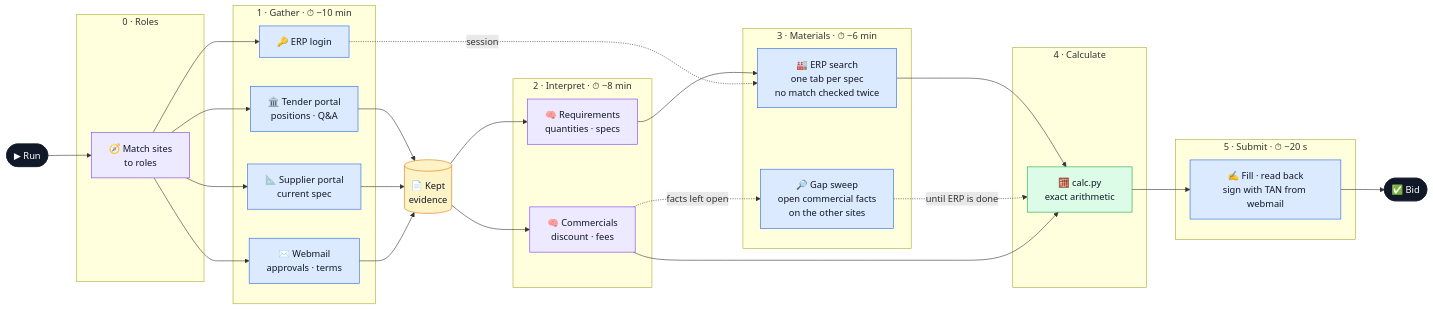
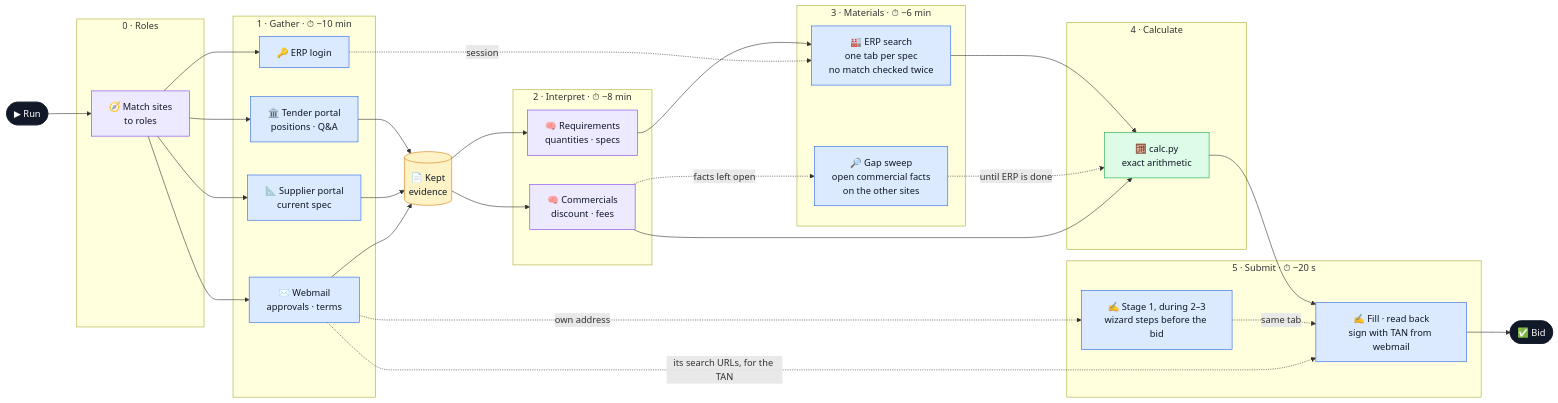
The diagram in README.md (lucakammerer/adminrights), drawn with Mermaid before and after one commit. The commit also changed 19 other files, not shown here.

First line of the commit message:
Time: fewer model round trips, no 30 s browser waits, the submission's first steps during ERP

````diff
--- a/README.md
+++ b/README.md
@@ -7,56 +7,59 @@
 ```mermaid
 flowchart LR
   run([▶ Run]) --> roles
 
   subgraph P0["0 · Roles"]
     roles["🧭 Match sites<br/>to roles"]
   end
 
   subgraph P1["1 · Gather · ⏱ −10 min"]
     tender["🏛️ Tender portal<br/>positions · Q#amp;A"]
     supplier["📐 Supplier portal<br/>current spec"]
     mail["✉️ Webmail<br/>approvals · terms"]
     login["🔑 ERP login"]
   end
 
   evidence[("📄 Kept<br/>evidence")]
 
   subgraph P2["2 · Interpret · ⏱ −8 min"]
     req["🧠 Requirements<br/>quantities · specs"]
     com["🧠 Commercials<br/>discount · fees"]
   end
 
   subgraph P3["3 · Materials · ⏱ −6 min"]
     erp["🏭 ERP search<br/>one tab per spec<br/>no match checked twice"]
     sweepnode["🔎 Gap sweep<br/>open commercial facts<br/>on the other sites"]
   end
 
   subgraph P4["4 · Calculate"]
     calc["🧮 calc.py<br/>exact arithmetic"]
   end
 
   subgraph P5["5 · Submit · ⏱ −20 s"]
+    prep["✍️ Stage 1, during 2–3<br/>wizard steps before the bid"]
     submit["✍️ Fill · read back<br/>sign with TAN from webmail"]
   end
 
   roles --> tender & supplier & mail & login
   tender & supplier & mail --> evidence
   evidence --> req & com
   req --> erp
   login -. session .-> erp
   erp --> calc
   com -. facts left open .-> sweepnode -. until ERP is done .-> calc
   com --> calc
   calc --> submit --> bid([✅ Bid])
+  mail -. own address .-> prep -. same tab .-> submit
+  mail -. its search URLs, for the TAN .-> submit
 
   classDef browser fill:#dbeafe,stroke:#2563eb,color:#111827
   classDef model fill:#ede9fe,stroke:#7c3aed,color:#111827
   classDef code fill:#dcfce7,stroke:#16a34a,color:#111827
   classDef store fill:#fef3c7,stroke:#d97706,color:#111827
   classDef terminal fill:#111827,stroke:#111827,color:#ffffff
-  class tender,supplier,mail,login,erp,sweepnode,submit browser
+  class tender,supplier,mail,login,erp,sweepnode,prep,submit browser
   class roles,req,com model
   class calc code
   class evidence store
   class run,bid terminal
 ```
````
